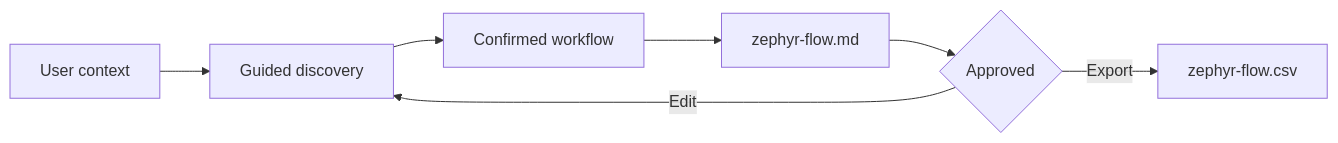
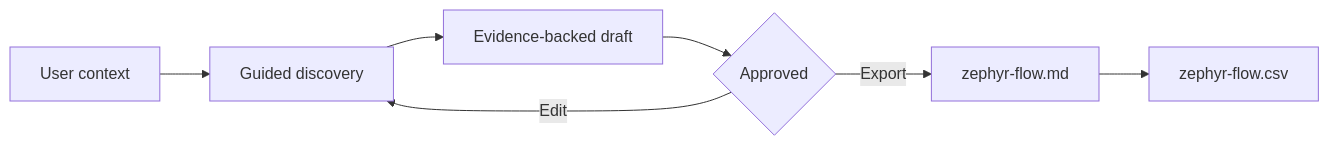
The diagram in README.md (jmora-co/zephyr), drawn with Mermaid before and after one commit. The commit also changed other lines of this file and 7 other files, not shown here.

Commit message:
improve zephyr skill workflow and exporter

````diff
--- a/README.md
+++ b/README.md
@@ -51,9 +51,9 @@
 ```mermaid
 flowchart LR
     A[User context] --> B[Guided discovery]
-    B --> C[Confirmed workflow]
-    C --> D[zephyr-flow.md]
-    D --> E{Approved}
-    E -->|Edit| B
-    E -->|Export| F[zephyr-flow.csv]
+    B --> C[Evidence-backed draft]
+    C --> D{Approved}
+    D -->|Edit| B
+    D -->|Export| E[zephyr-flow.md]
+    E --> F[zephyr-flow.csv]
 ```
````
